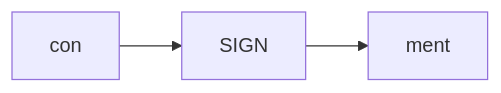
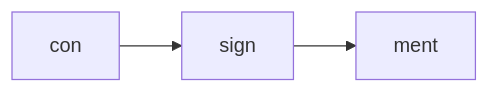
One commit to seki999/DialogueFlow changed the first of 5 diagrams in slides_backup/托业单词/20260630/07.md. Above: the diagram before and after it, drawn with Mermaid. The commit also changed other lines of this file and 28 other files, not shown here.

````diff
--- a/slides_backup/托业单词/20260630/07.md
+++ b/slides_backup/托业单词/20260630/07.md
@@ -17,5 +19,5 @@
 ```mermaid
 flowchart LR
-    A[con] --> B[SIGN]
+    A[con] --> B[sign]
     B --> C[ment]
 ```
````
